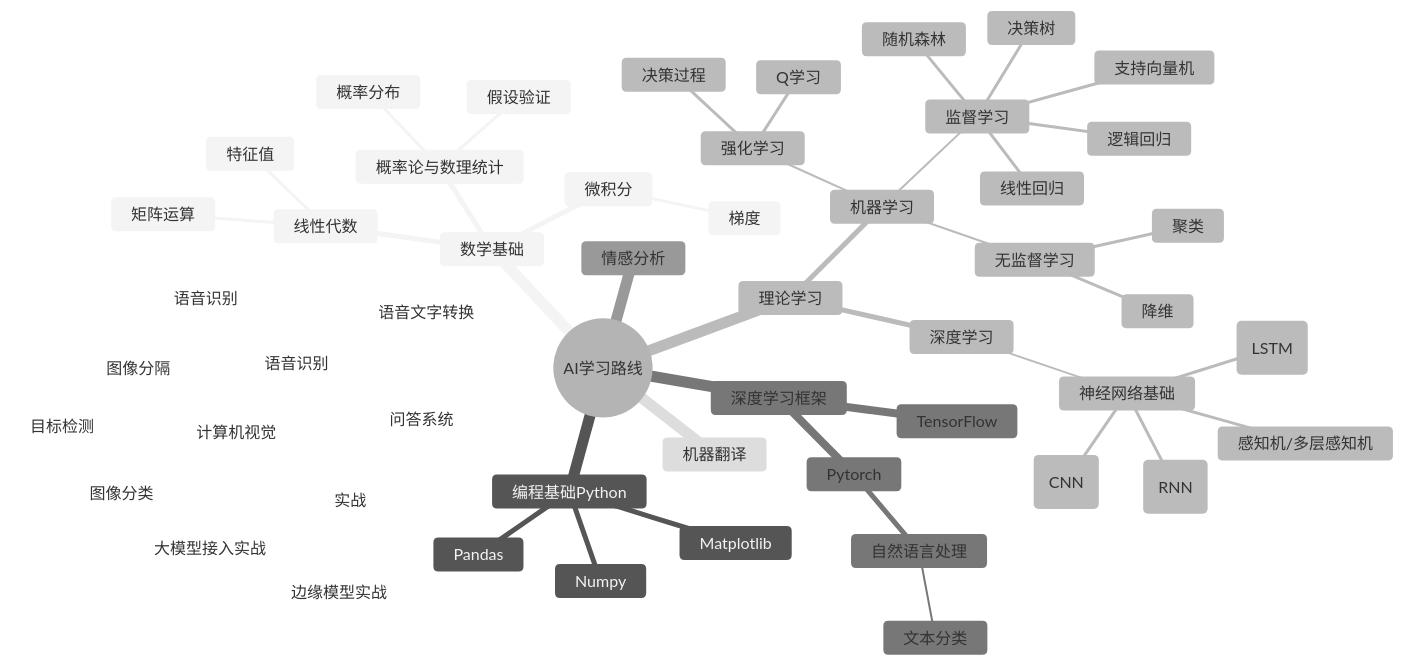
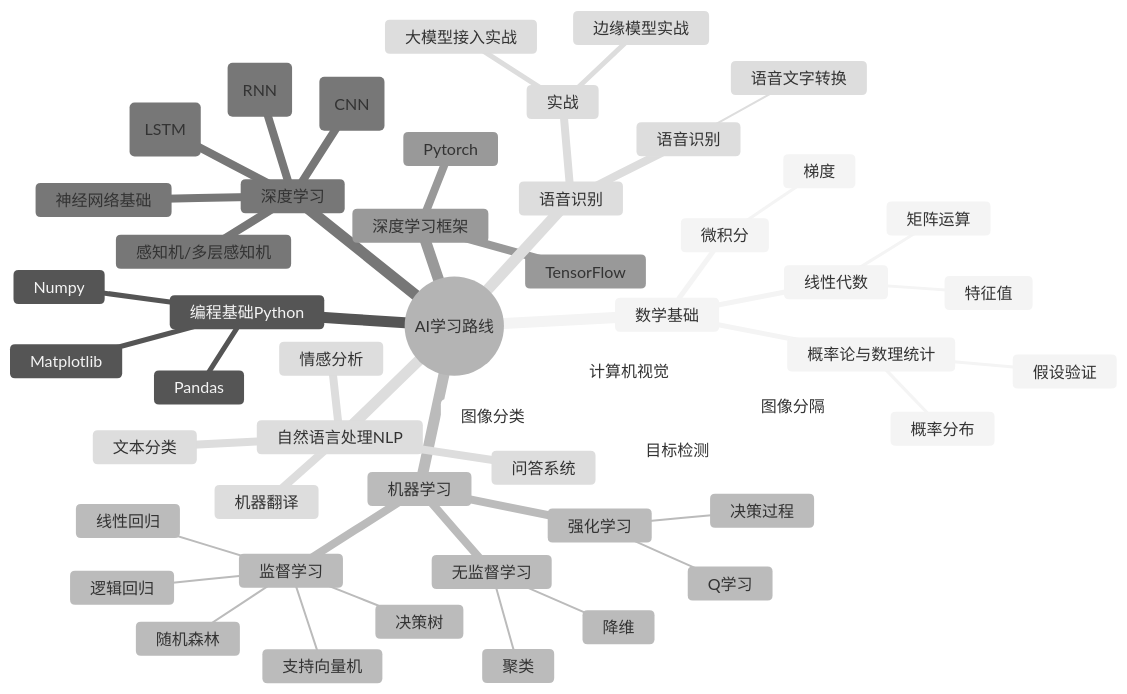
The diagram in osidian/学习/AI/学习路线.md (lincate/document), drawn with Mermaid (neutral theme) before and after one commit. The commit also changed 1 other file, not shown here.

Commit message:
AI思维导图

````diff
--- a/osidian/学习/AI/学习路线.md
+++ b/osidian/学习/AI/学习路线.md
@@ -1,56 +1,55 @@
 ```mermaid
 mindmap
   root((AI学习路线))
     数学基础
       线性代数
         矩阵运算
         特征值
       概率论与数理统计
         概率分布
         假设验证
       微积分
         梯度
     编程基础Python
       Numpy
       Pandas
       Matplotlib
-    理论学习      
-	    机器学习
-	      监督学习
-		      线性回归
-		      逻辑回归
-		      支持向量机
-		      决策树
-		      随机森林
-	      无监督学习
-		      聚类
-		      降维
-	      强化学习
-		      决策过程
-		      Q学习
-	    深度学习
-		    神经网络基础
-			    感知机/多层感知机
-			    卷积神经网络(CNN)
-			    循环神经网络(RNN)
-			    长短期记忆网络(LSTM)
-			深度学习框架
-				TensorFlow
-				Pytorch
-	    自然语言处理
-		    文本分类
-			情感分析
-			机器翻译
-			问答系统
-	    计算机视觉
-		    图像分类
-		    目标检测
-		    图像分隔
-	    语音识别
-		    语音识别
-		    语音文字转换
+   机器学习
+     监督学习
+       线性回归
+       逻辑回归
+       支持向量机
+       决策树
+       随机森林
+     无监督学习
+       聚类
+       降维
+     强化学习
+       决策过程
+       Q学习
+   深度学习
+     神经网络基础
+     感知机/多层感知机
+     卷积神经网络(CNN)
+     循环神经网络(RNN)
+     长短期记忆网络(LSTM)
+   深度学习框架			
+     TensorFlow
+     Pytorch
+   自然语言处理NLP
+     文本分类   
+     情感分析
+     机器翻译
+     问答系统
+   计算机视觉
+     图像分类
+     目标检测
+     图像分隔
+   语音识别
+     语音识别
+      语音文字转换
     实战
-	    边缘模型实战
-	    大模型接入实战
+      边缘模型实战
+      大模型接入实战
 	    
 ```
````
